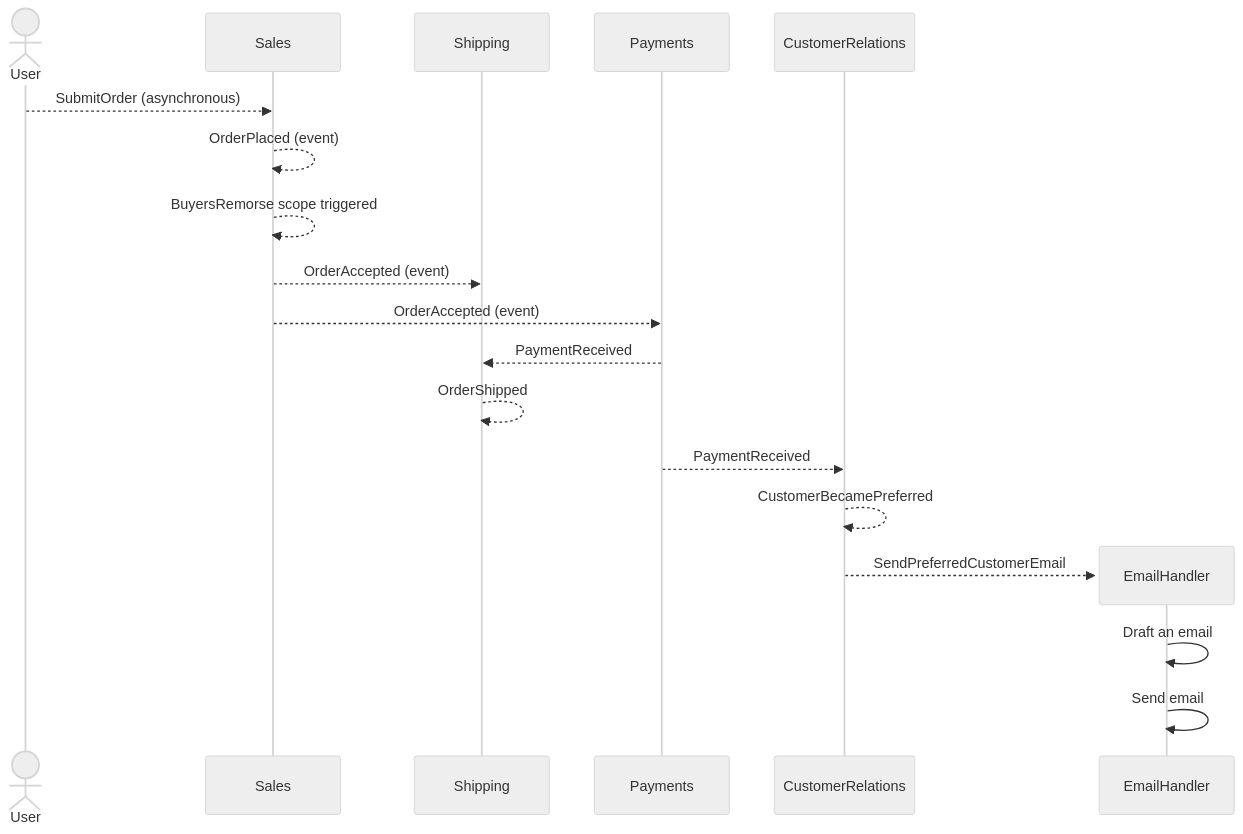
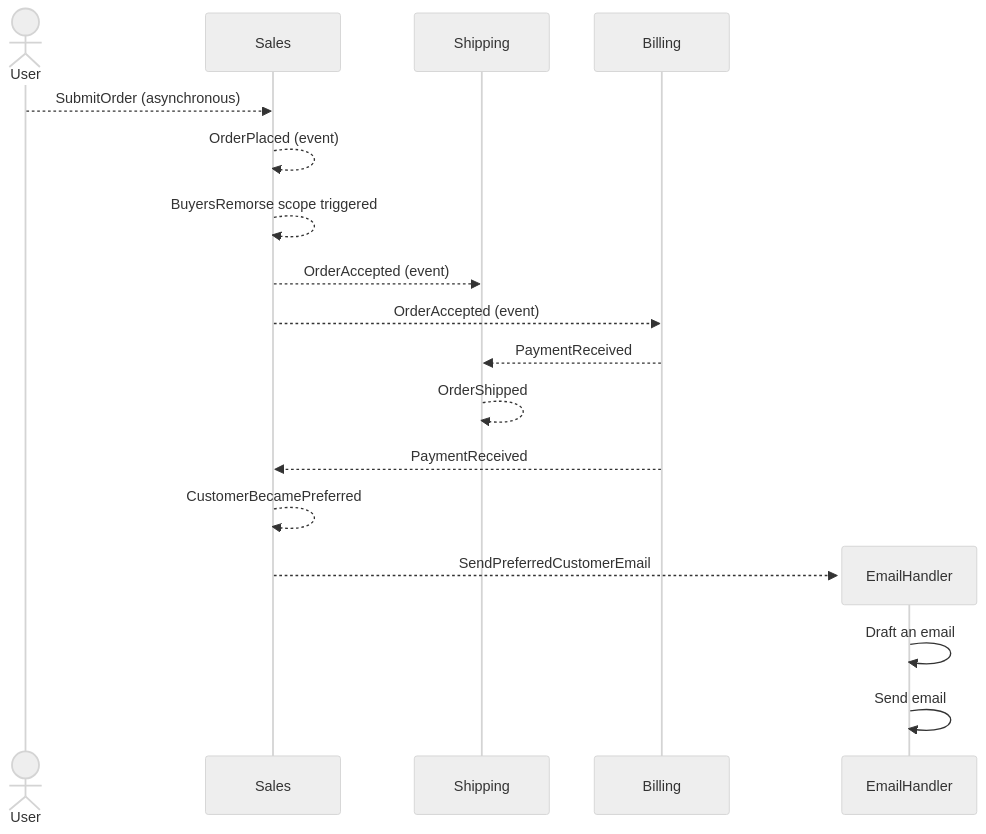
Before and after one commit to roycornelissen/get-the-message: the diagram in README.md, drawn with Mermaid (neutral theme).

Commit message:
📝 Simplify scenario to 3 services

````diff
--- a/README.md
+++ b/README.md
@@ -16,25 +16,24 @@
 ```mermaid
 sequenceDiagram
     actor User
     participant Sales
     participant Shipping
-    participant Payments
-    participant CustomerRelations
+    participant Billing
 
     User-->>Sales: SubmitOrder (asynchronous)
     Sales-->>Sales: OrderPlaced (event)
     Sales-->>Sales: BuyersRemorse scope triggered
     Sales-->>Shipping: OrderAccepted (event)
-    Sales-->>Payments: OrderAccepted (event)
+    Sales-->>Billing: OrderAccepted (event)
     
-    Payments-->>Shipping: PaymentReceived
+    Billing-->>Shipping: PaymentReceived
     Shipping-->>Shipping: OrderShipped
 
-    Payments-->>CustomerRelations: PaymentReceived
-    CustomerRelations-->>CustomerRelations: CustomerBecamePreferred
+    Billing-->>Sales: PaymentReceived
+    Sales-->>Sales: CustomerBecamePreferred
     create participant EmailHandler
-    CustomerRelations-->>EmailHandler: SendPreferredCustomerEmail
+    Sales-->>EmailHandler: SendPreferredCustomerEmail
 
     EmailHandler->>EmailHandler: Draft an email
     EmailHandler->>EmailHandler: Send email
 ```
````
